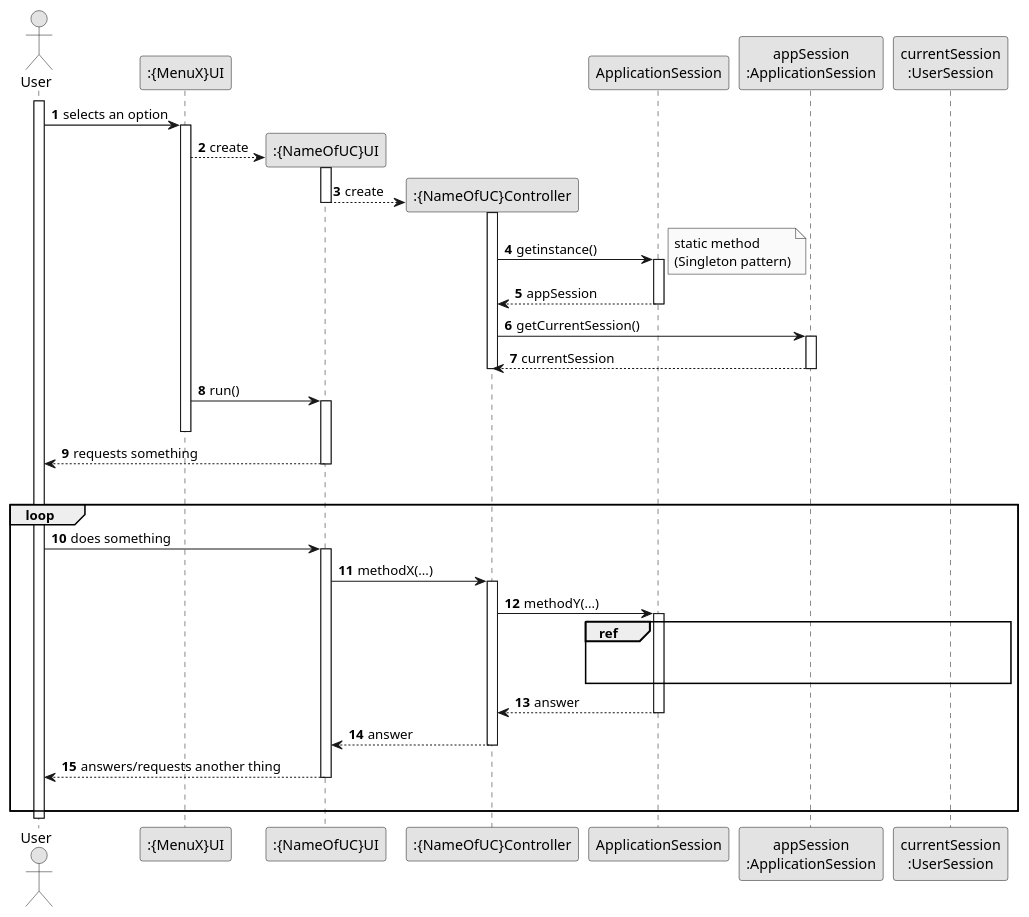
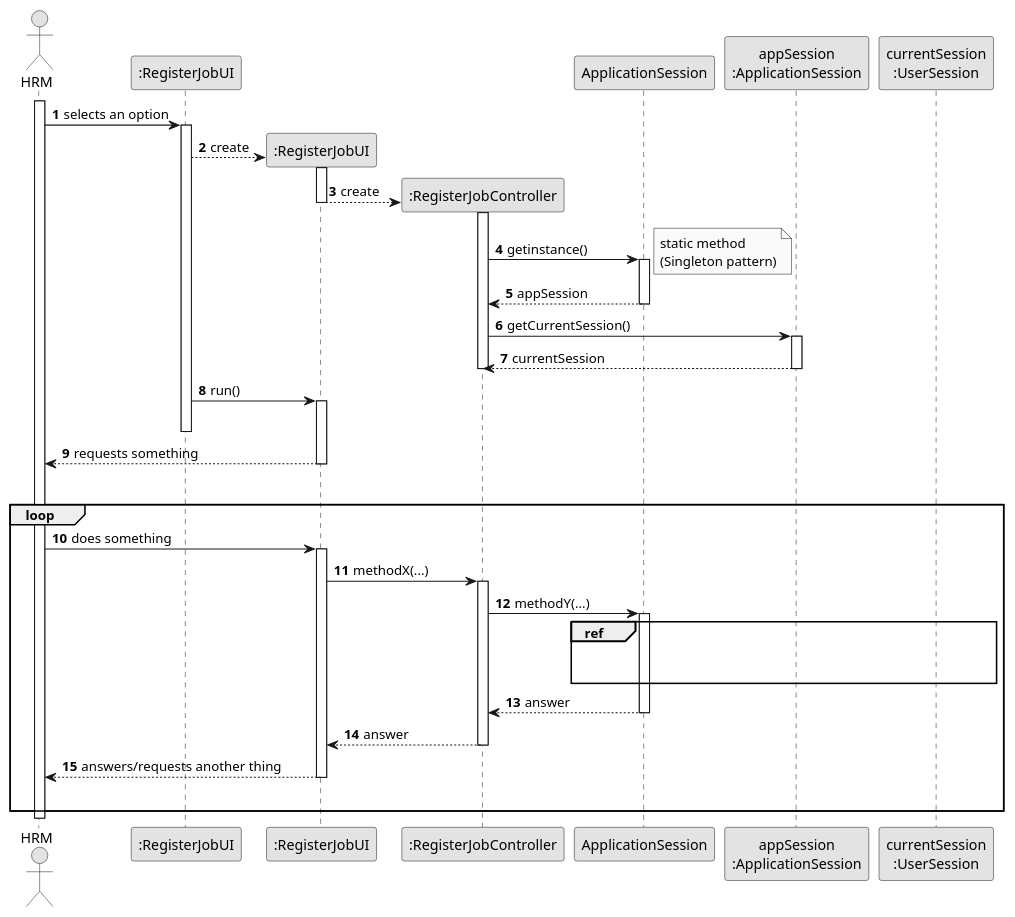
Before and after one commit to Departamento-de-Engenharia-Informatica/lei-24-s2-1dm-g132: the diagram in docs/sprintB/us002/03.design/puml/us002-sequence-diagram-ui-controller-overview.puml, drawn with PlantUML. The commit also changed 1 other file, not shown here.

Commit message:
First version of the us002 Sequence diagram

```diff
--- a/docs/sprintB/us002/03.design/puml/us002-sequence-diagram-ui-controller-overview.puml
+++ b/docs/sprintB/us002/03.design/puml/us002-sequence-diagram-ui-controller-overview.puml
@@ -1,75 +1,75 @@
 @startuml
 skinparam monochrome true
 skinparam packageStyle rectangle
 skinparam shadowing false
 
 autonumber
 
 'hide footbox
-actor "User" as USER
-participant ":{MenuX}UI" as MENU
-participant ":{NameOfUC}UI" as UCNAMEUI
-participant ":{NameOfUC}Controller" as CTRL
+actor "HRM" as USER
+participant ":RegisterJobUI" as MENU
+participant ":RegisterJobUI" as RegisterJobUI
+participant ":RegisterJobController" as RegisterJobController
 participant "ApplicationSession" as APPSESSIONC
 participant "appSession\n:ApplicationSession" as APPSESSIONI
 participant "currentSession\n:UserSession" as CURSESSION
 
 activate USER
 
     USER -> MENU : selects an option
     activate MENU
-        MENU --> UCNAMEUI** : create
-        activate UCNAMEUI
+        MENU --> RegisterJobUI** : create
+        activate RegisterJobUI
 
-            UCNAMEUI --> CTRL** : create
-        deactivate UCNAMEUI
+            RegisterJobUI --> RegisterJobController** : create
+        deactivate RegisterJobUI
 
-        activate CTRL
-            CTRL -> APPSESSIONC : getinstance()
+        activate RegisterJobController
+            RegisterJobController -> APPSESSIONC : getinstance()
             note right
                 static method
                 (Singleton pattern)
             end note
             activate APPSESSIONC
-                APPSESSIONC --> CTRL : appSession 
+                APPSESSIONC --> RegisterJobController : appSession
             deactivate APPSESSIONC
 
-            CTRL -> APPSESSIONI : getCurrentSession()
+            RegisterJobController -> APPSESSIONI : getCurrentSession()
             activate APPSESSIONI
-                APPSESSIONI --> CTRL : currentSession
+                APPSESSIONI --> RegisterJobController : currentSession
             deactivate APPSESSIONI
-        deactivate CTRL
+        deactivate RegisterJobController
 
-        MENU -> UCNAMEUI : run()
-        activate UCNAMEUI
+        MENU -> RegisterJobUI : run()
+        activate RegisterJobUI
     deactivate MENU
 
-            UCNAMEUI --> USER : requests something
+            RegisterJobUI --> USER : requests something
             |||
-        deactivate UCNAMEUI
+        deactivate RegisterJobUI
 
     loop
-        USER -> UCNAMEUI : does something
-        activate UCNAMEUI
-            UCNAMEUI -> CTRL : methodX(...)
-            activate CTRL
-                CTRL -> APPSESSIONC : methodY(...)
+        USER -> RegisterJobUI : does something
+        activate RegisterJobUI
+            RegisterJobUI -> RegisterJobController : methodX(...)
+            activate RegisterJobController
+                RegisterJobController -> APPSESSIONC : methodY(...)
                 activate APPSESSIONC
                     ref over APPSESSIONC,APPSESSIONI,CURSESSION
 
 
                     end ref
-                    APPSESSIONC --> CTRL : answer
+                    APPSESSIONC --> RegisterJobController : answer
                 deactivate APPSESSIONC
 
-                CTRL --> UCNAMEUI : answer
-            deactivate CTRL
+                RegisterJobController --> RegisterJobUI : answer
+            deactivate RegisterJobController
 
-            UCNAMEUI --> USER : answers/requests another thing
+            RegisterJobUI --> USER : answers/requests another thing
             |||
-        deactivate UCNAMEUI
+        deactivate RegisterJobUI
     end loop
 
 deactivate USER
 
 @enduml
```
